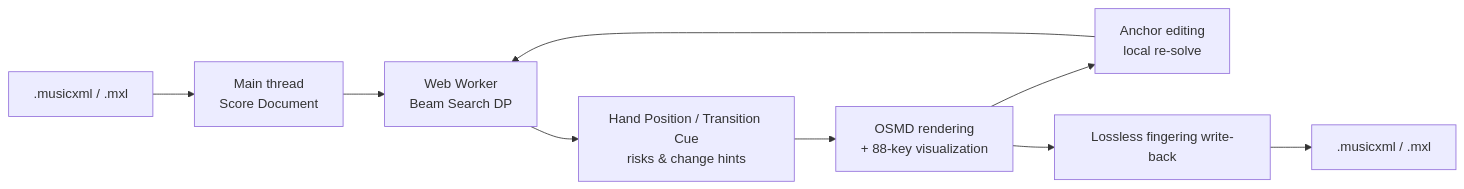
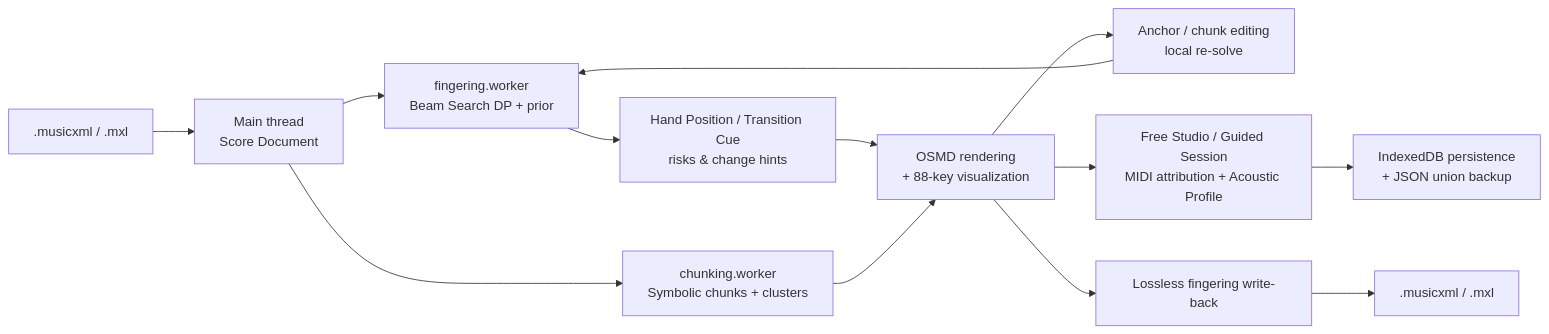
Before and after one commit to sunstrikes/auto-fingering: the diagram in README.en.md, drawn with Mermaid. The commit also changed other lines of this file and 20 other files, not shown here.

````diff
--- a/README.en.md
+++ b/README.en.md
@@ -62,11 +74,15 @@
 ```mermaid
 flowchart LR
   A[".musicxml / .mxl"] --> B["Main thread<br/>Score Document"]
-  B --> C["Web Worker<br/>Beam Search DP"]
+  B --> C["fingering.worker<br/>Beam Search DP + prior"]
+  B --> I["chunking.worker<br/>Symbolic chunks + clusters"]
   C --> D["Hand Position / Transition Cue<br/>risks & change hints"]
   D --> E["OSMD rendering<br/>+ 88-key visualization"]
-  E --> F["Anchor editing<br/>local re-solve"]
+  I --> E
+  E --> F["Anchor / chunk editing<br/>local re-solve"]
   F --> C
+  E --> J["Free Studio / Guided Session<br/>MIDI attribution + Acoustic Profile"]
+  J --> K["IndexedDB persistence<br/>+ JSON union backup"]
   E --> G["Lossless fingering write-back"]
   G --> H[".musicxml / .mxl"]
 ```
````
